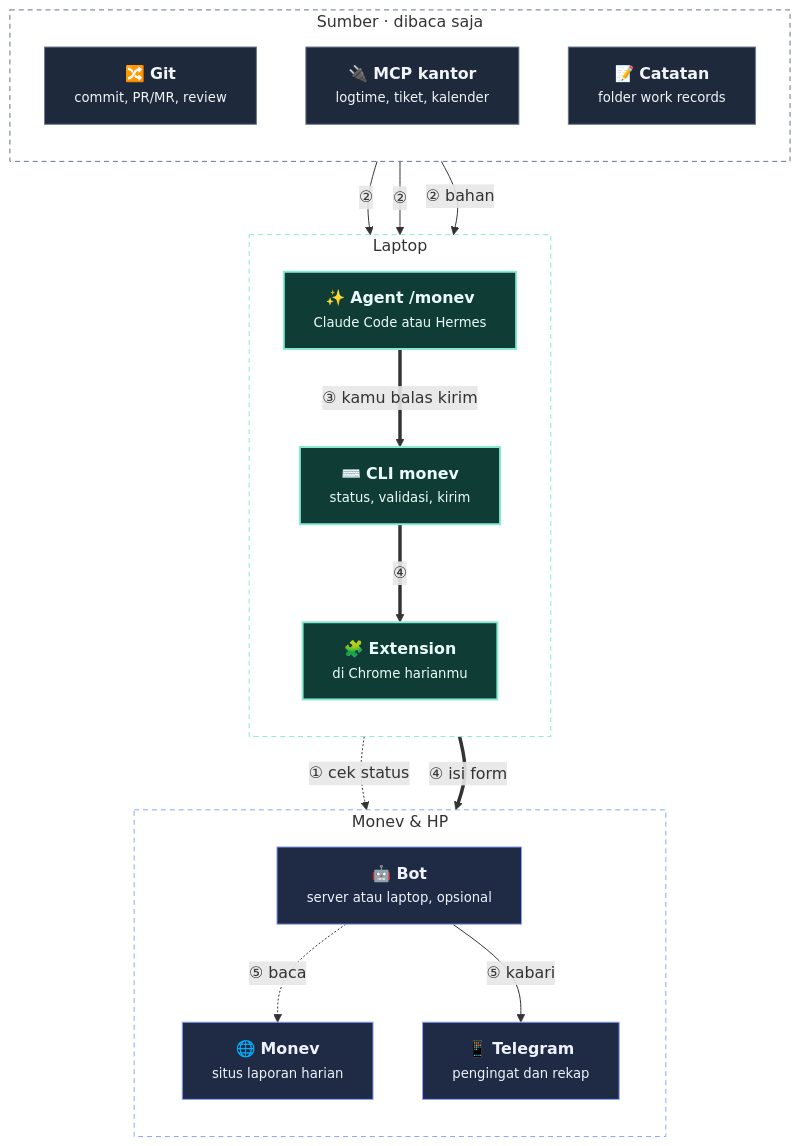
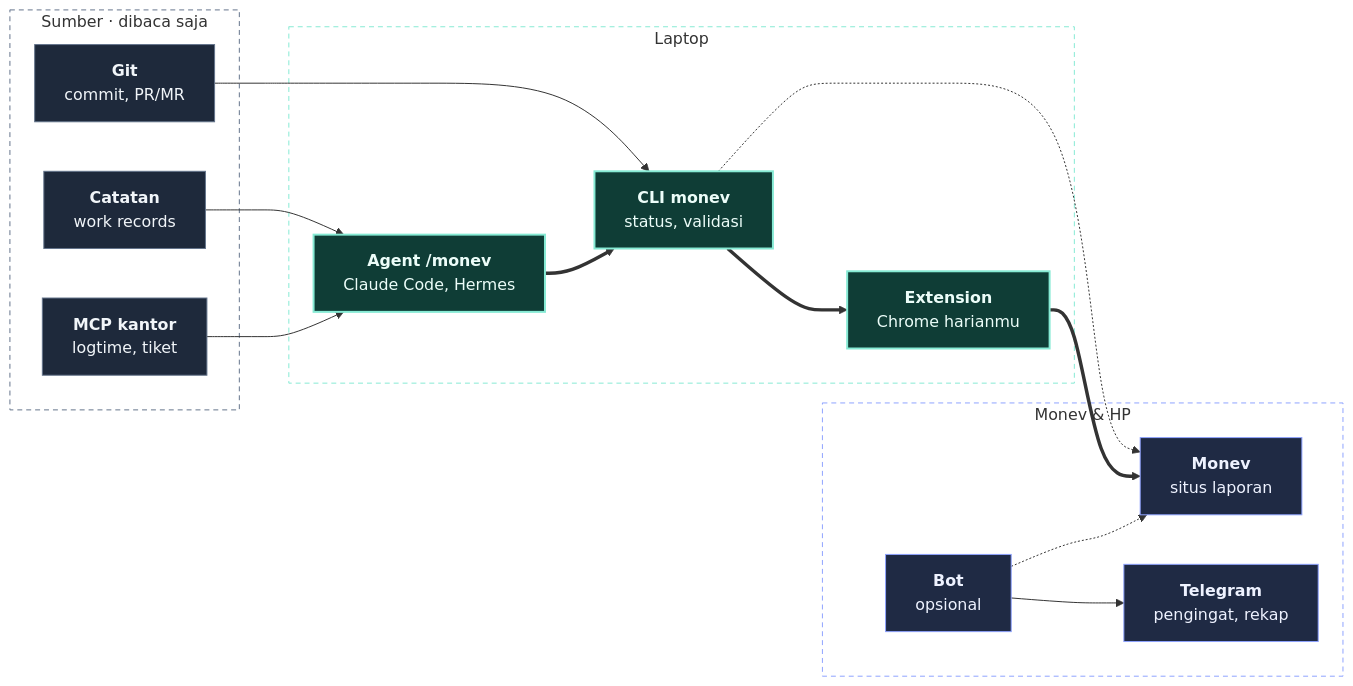
Before and after one commit to surya-devss/monev: the diagram in README.md, drawn with Mermaid. The commit also changed other lines of this file, not shown here.

Commit message:
docs(readme): buat diagram alur menyamping tanpa ikon
Alasan: diagram Alurnya yang baru memanjang ke bawah dan terlalu ramai oleh ikon emoji serta label nomor di setiap
panah.

Perubahan:
- diagram mermaid diubah ke flowchart LR: tiga kolom Sumber · dibaca saja, Laptop, dan Monev & HP
- ikon emoji di setiap kotak dan label nomor di panah dihapus; keterangan tiap kotak dipersingkat
- kalimat di bawah daftar langkah menjelaskan garis tebal (jalur kirim) dan garis putus-putus (hanya membaca)

Pengujian: python -m unittest discover -s tests → 187 tes OK. Diagram di-render dengan mermaid-cli 12.3 di tema
default dan dark (1176×345 px pada skala 1,5); keduanya terbaca tanpa label bertumpuk.

````diff
--- a/README.md
+++ b/README.md
@@ -22,43 +22,40 @@
 ```mermaid
-flowchart TB
+flowchart LR
   subgraph SUMBER["Sumber · dibaca saja"]
-    direction TB
-    GIT["🔀 <b>Git</b><br/><small>commit, PR/MR, review</small>"]
-    MCP["🔌 <b>MCP kantor</b><br/><small>logtime, tiket, kalender</small>"]
-    WR["📝 <b>Catatan</b><br/><small>folder work records</small>"]
+    GIT["<b>Git</b><br/>commit, PR/MR"]
+    MCP["<b>MCP kantor</b><br/>logtime, tiket"]
+    WR["<b>Catatan</b><br/>work records"]
   end
 
   subgraph LAPTOP["Laptop"]
-    direction TB
-    AGENT["✨ <b>Agent /monev</b><br/><small>Claude Code atau Hermes</small>"]
-    CLI["⌨️ <b>CLI monev</b><br/><small>status, validasi, kirim</small>"]
-    EXT["🧩 <b>Extension</b><br/><small>di Chrome harianmu</small>"]
+    AGENT["<b>Agent /monev</b><br/>Claude Code, Hermes"]
+    CLI["<b>CLI monev</b><br/>status, validasi"]
+    EXT["<b>Extension</b><br/>Chrome harianmu"]
   end
 
   subgraph LUAR["Monev & HP"]
-    direction TB
-    MONEV["🌐 <b>Monev</b><br/><small>situs laporan harian</small>"]
-    BOT["🤖 <b>Bot</b><br/><small>server atau laptop, opsional</small>"]
-    HP["📱 <b>Telegram</b><br/><small>pengingat dan rekap</small>"]
+    MONEV["<b>Monev</b><br/>situs laporan"]
+    BOT["<b>Bot</b><br/>opsional"]
+    HP["<b>Telegram</b><br/>pengingat, rekap"]
   end
 
-  CLI -. "① cek status" .-> MONEV
-  WR -- "②" --> AGENT
-  MCP -- "②" --> AGENT
-  GIT -- "② bahan" --> CLI
-  AGENT == "③ kamu balas kirim" ==> CLI
-  CLI == "④" ==> EXT
-  EXT == "④ isi form" ==> MONEV
-  BOT -. "⑤ baca" .-> MONEV
-  BOT -- "⑤ kabari" --> HP
+  WR --> AGENT
+  MCP --> AGENT
+  GIT --> CLI
+  AGENT ==> CLI
+  CLI -.-> MONEV
+  CLI ==> EXT
+  EXT ==> MONEV
+  BOT -.-> MONEV
+  BOT --> HP
 
   classDef sumber fill:#1e293b,stroke:#64748b,color:#f1f5f9
   classDef laptop fill:#0f3d36,stroke:#86ead4,stroke-width:2px,color:#ecfdf9
   classDef luar fill:#1f2a44,stroke:#8ea2ff,color:#eef2ff
   class GIT,MCP,WR sumber
   class AGENT,CLI,EXT laptop
   class MONEV,BOT,HP luar
   style SUMBER fill:transparent,stroke:#64748b,stroke-dasharray:5 4
   style LAPTOP fill:transparent,stroke:#86ead4,stroke-dasharray:5 4
   style LUAR fill:transparent,stroke:#8ea2ff,stroke-dasharray:5 4
 ```
````
